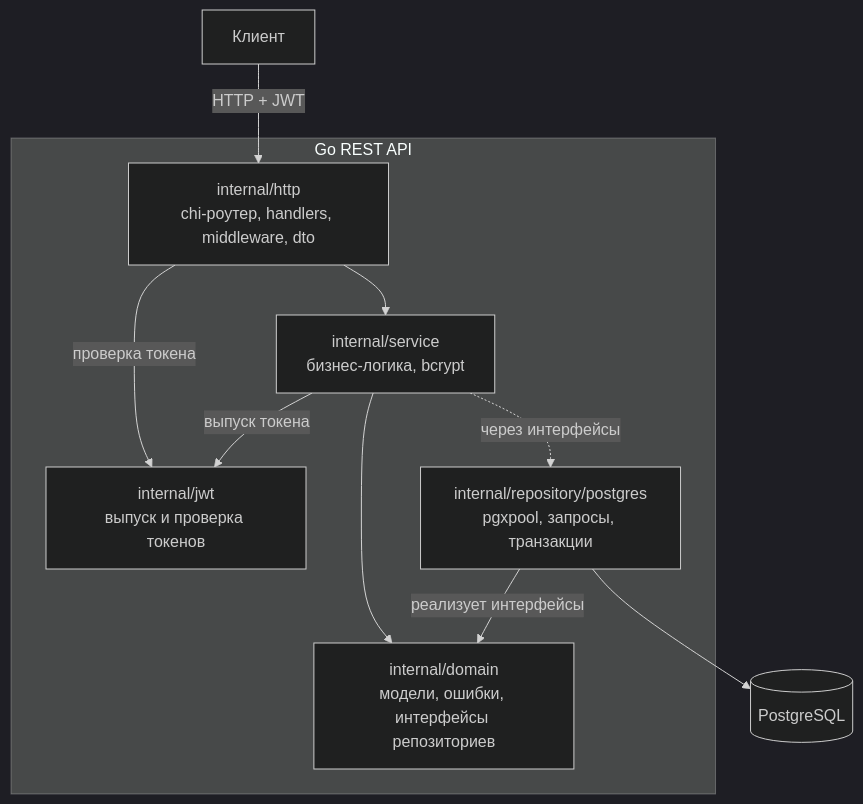
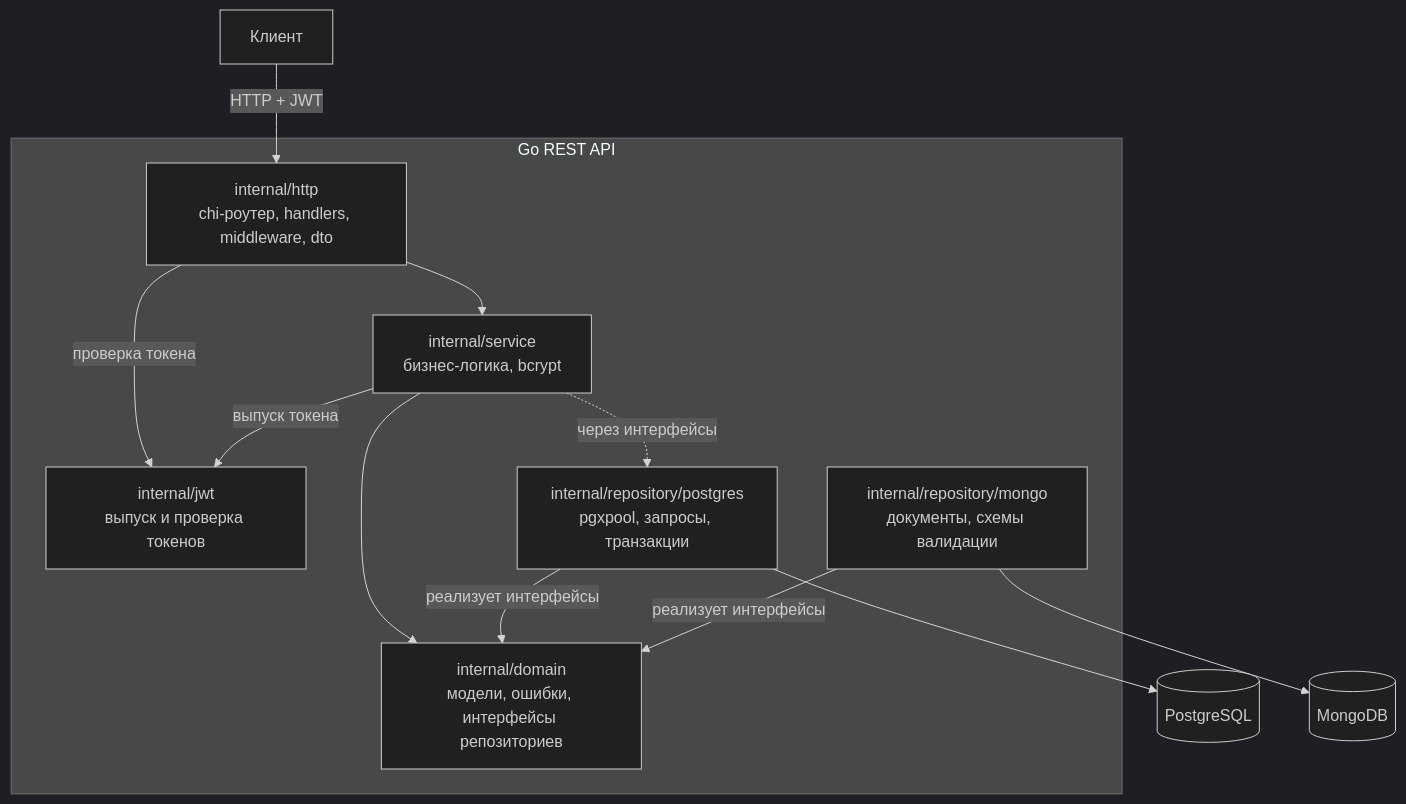
The diagram in docs/api/architecture.md (AlexeyChudov/trans-pulse), drawn with Mermaid (dark theme) before and after one commit. The commit also changed other lines of this file and 10 other files, not shown here.

````diff
--- a/docs/api/architecture.md
+++ b/docs/api/architecture.md
@@ -7,18 +7,21 @@
 ```mermaid
 flowchart TD
     C[Клиент] -->|HTTP + JWT| H
     subgraph API[Go REST API]
         H[internal/http<br/>chi-роутер, handlers, middleware, dto]
         S[internal/service<br/>бизнес-логика, bcrypt]
         J[internal/jwt<br/>выпуск и проверка токенов]
         D[internal/domain<br/>модели, ошибки, интерфейсы репозиториев]
         R[internal/repository/postgres<br/>pgxpool, запросы, транзакции]
+        M[internal/repository/mongo<br/>документы, схемы валидации]
     end
     H --> S
     H -->|проверка токена| J
     S -->|выпуск токена| J
     S --> D
     R -->|реализует интерфейсы| D
     S -.->|через интерфейсы| R
+    M -->|реализует интерфейсы| D
     R --> DB[(PostgreSQL)]
+    M --> MDB[(MongoDB)]
 ```
````
